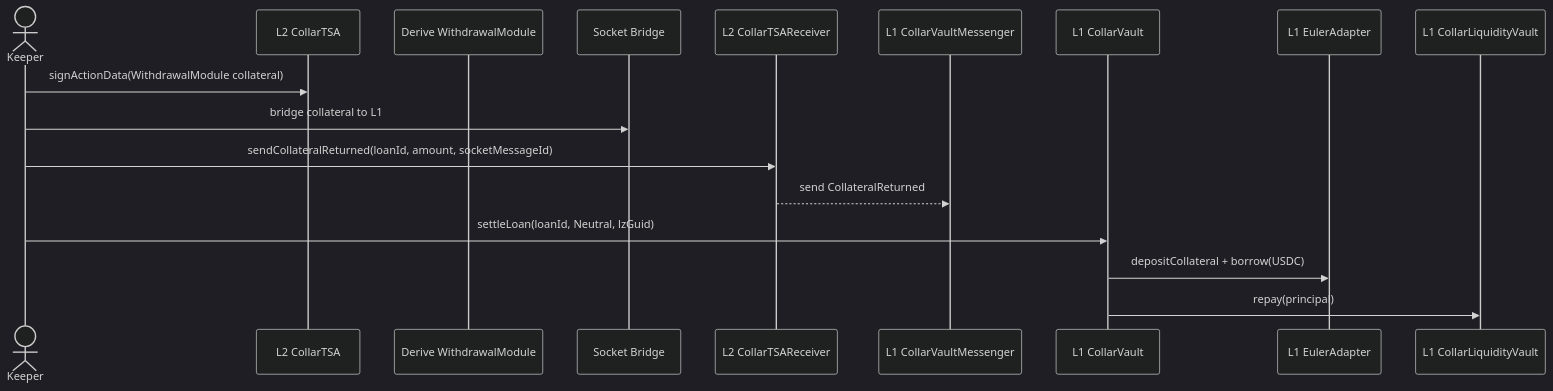
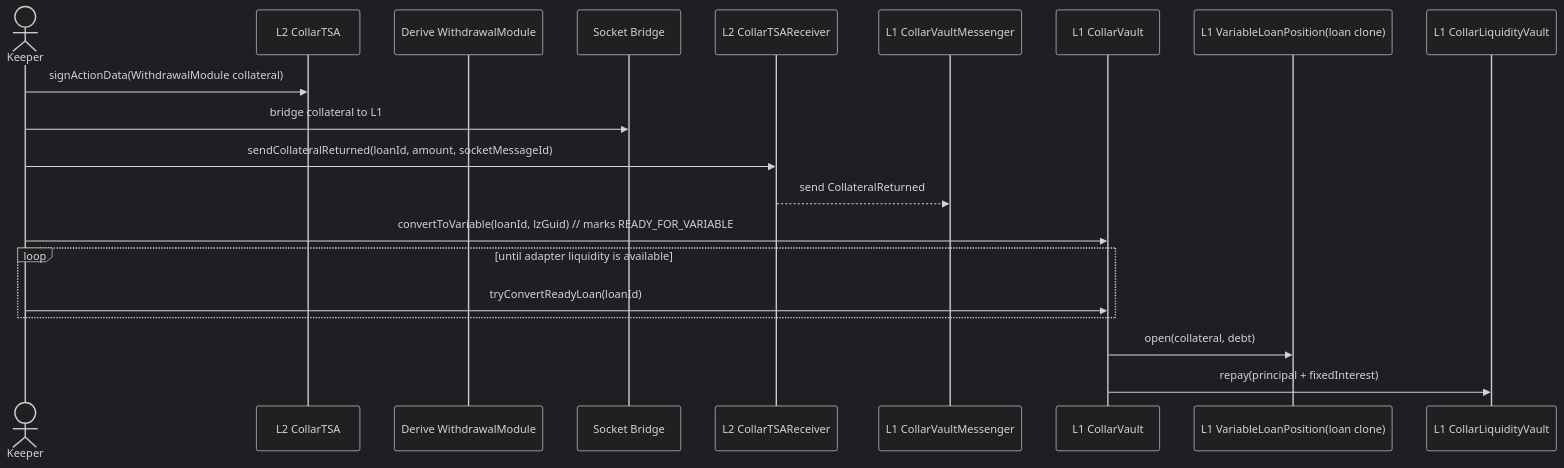
The fourth of 5 diagrams in docs/SPEC.md (CollarFi/contracts), drawn with Mermaid (dark theme) before and after one commit. The commit also changed other lines of this file, not shown here.

Commit message:
docs: specify per-loan variable position clone model and facade actions

````diff
--- a/docs/SPEC.md
+++ b/docs/SPEC.md
@@ -262,20 +263,23 @@
 ```mermaid
 sequenceDiagram
   actor Keeper
   participant TSA as L2 CollarTSA
   participant Withdraw as Derive WithdrawalModule
   participant Socket as Socket Bridge
   participant L2Recv as L2 CollarTSAReceiver
   participant LZ as L1 CollarVaultMessenger
   participant Vault as L1 CollarVault
-  participant Euler as L1 EulerAdapter
+  participant AdapterPos as L1 VariableLoanPosition(loan clone)
   participant Liquidity as L1 CollarLiquidityVault
 
   Keeper->>TSA: signActionData(WithdrawalModule collateral)
   Keeper->>Socket: bridge collateral to L1
   Keeper->>L2Recv: sendCollateralReturned(loanId, amount, socketMessageId)
   L2Recv-->>LZ: send CollateralReturned
-  Keeper->>Vault: settleLoan(loanId, Neutral, lzGuid)
-  Vault->>Euler: depositCollateral + borrow(USDC)
-  Vault->>Liquidity: repay(principal)
+  Keeper->>Vault: convertToVariable(loanId, lzGuid) // marks READY_FOR_VARIABLE
+  loop until adapter liquidity is available
+    Keeper->>Vault: tryConvertReadyLoan(loanId)
+  end
+  Vault->>AdapterPos: open(collateral, debt)
+  Vault->>Liquidity: repay(principal + fixedInterest)
 ```
````
